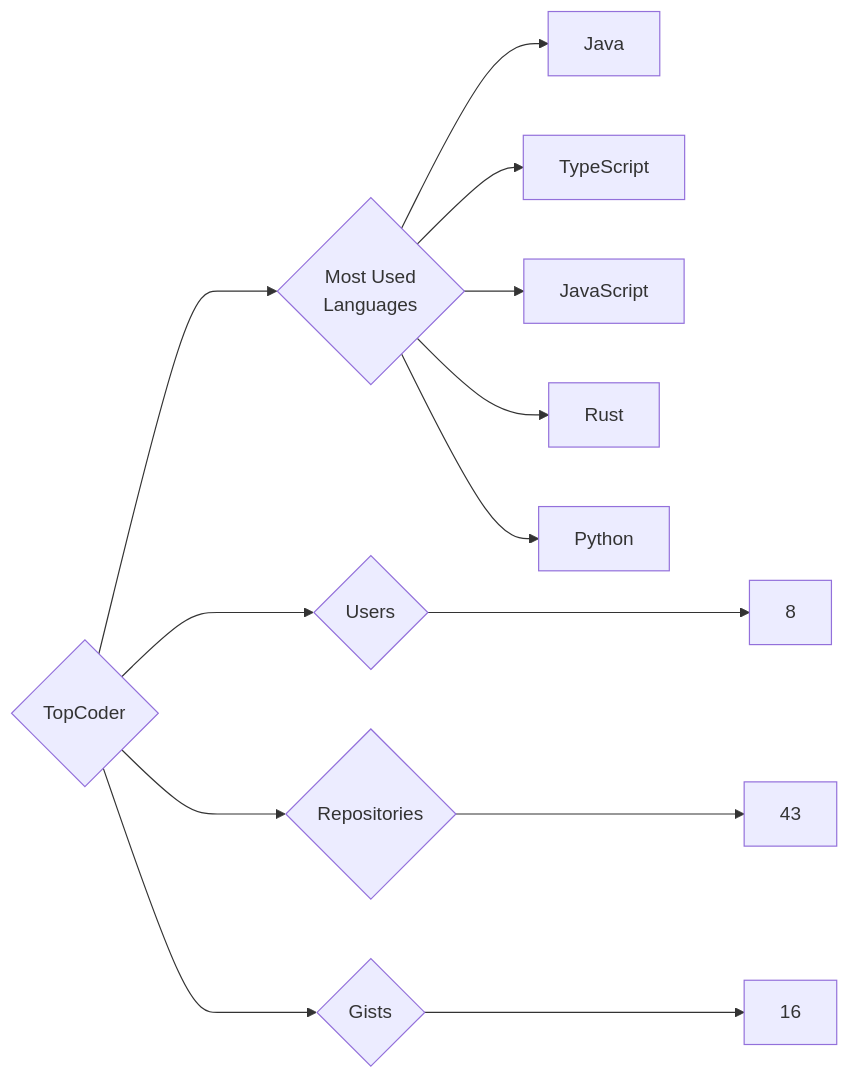
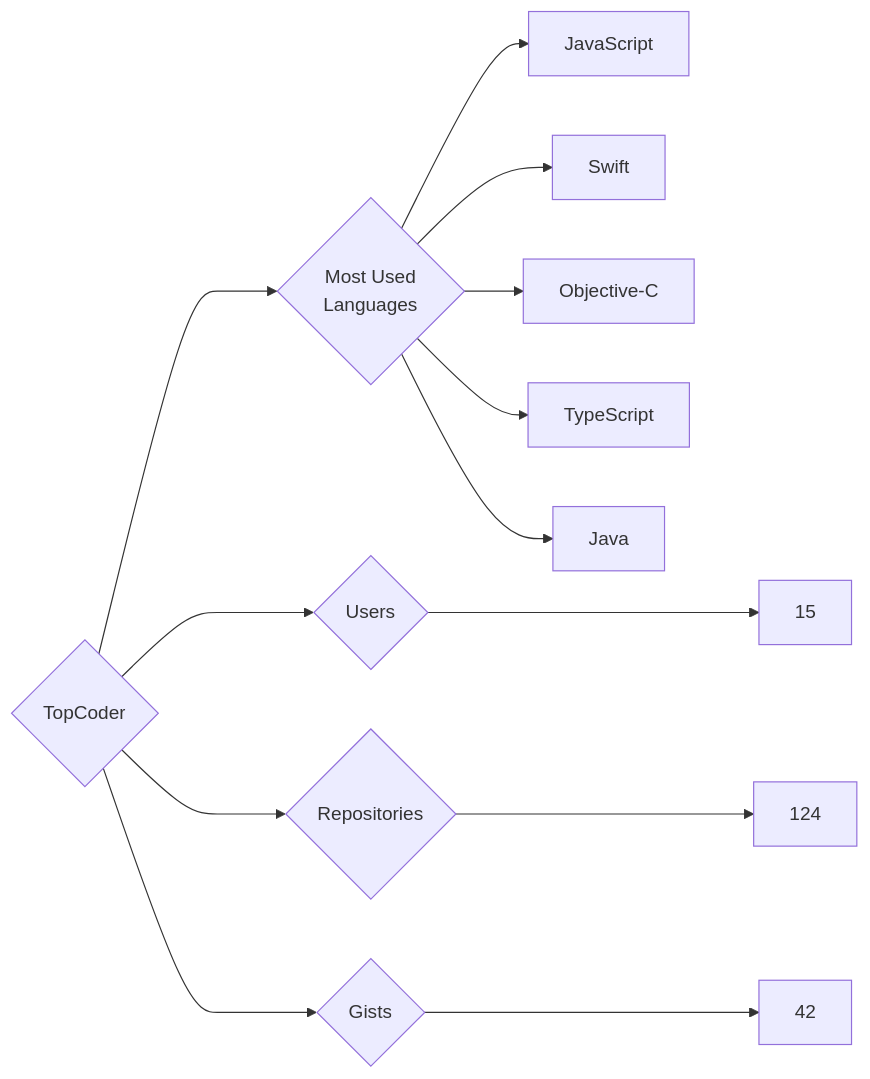
Before and after one commit to trickest/insiders: the diagram in targets/TopCoder/README.md, drawn with Mermaid. The commit also changed 972 other files, not shown here.

````diff
--- a/targets/TopCoder/README.md
+++ b/targets/TopCoder/README.md
@@ -3,13 +3,13 @@
 ```mermaid
 graph LR
 COMPANY_NAME{TopCoder}
-COMPANY_NAME ---> U{Users} ---> UN[8]
-COMPANY_NAME ---> R{Repositories} ---> RN[43]
-COMPANY_NAME ---> G{Gists} ---> GN[16]
+COMPANY_NAME ---> U{Users} ---> UN[15]
+COMPANY_NAME ---> R{Repositories} ---> RN[124]
+COMPANY_NAME ---> G{Gists} ---> GN[42]
 COMPANY_NAME ---> ML{Most Used<br>Languages}
+ML --> JavaScript[JavaScript]
+ML --> Swift[Swift]
+ML --> Objective-C[Objective-C]
+ML --> TypeScript[TypeScript]
 ML --> Java[Java]
-ML --> TypeScript[TypeScript]
-ML --> JavaScript[JavaScript]
-ML --> Rust[Rust]
-ML --> Python[Python]
 ```
````
